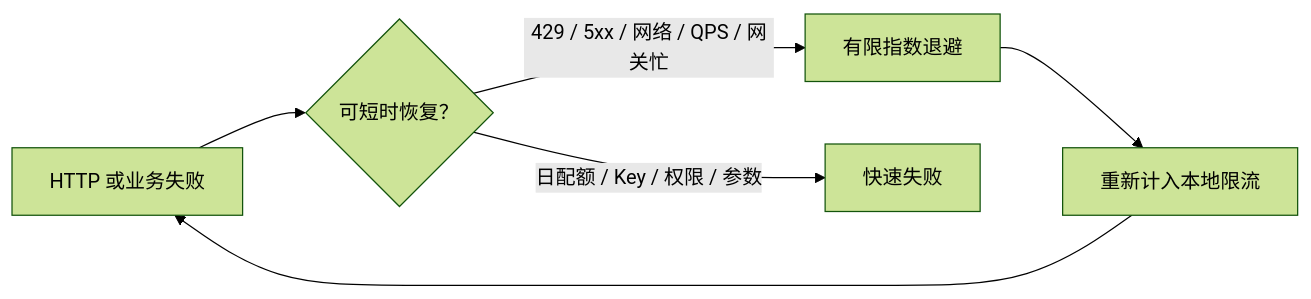
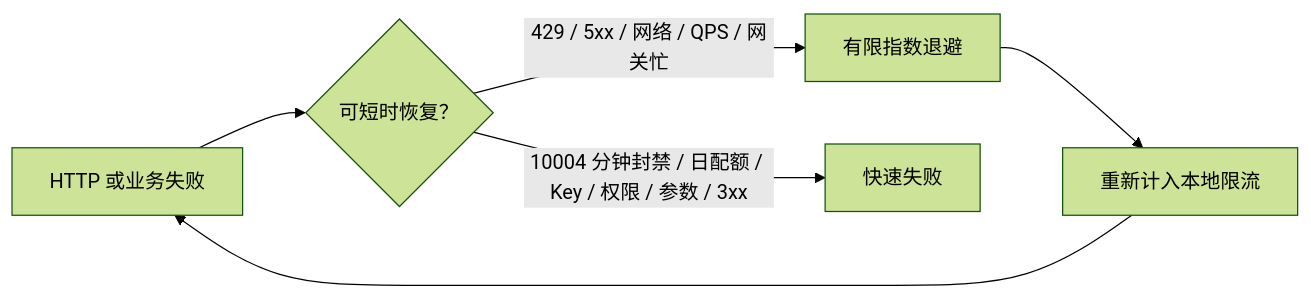
The second of 2 diagrams in extensions/amap/README.md (partme-ai/openclaw-plugins), drawn with Mermaid (forest theme) before and after one commit. The commit also changed other lines of this file and 35 other files, not shown here.

First line of the commit message:
feat(amap): 添加高德地图API数字签名和并发控制功能

````diff
--- a/extensions/amap/README.md
+++ b/extensions/amap/README.md
@@ -76,7 +81,7 @@
 ```mermaid
 flowchart LR
     E["HTTP 或业务失败"] --> T{"可短时恢复？"}
     T -->|"429 / 5xx / 网络 / QPS / 网关忙"| R["有限指数退避"]
     R --> Q["重新计入本地限流"] --> E
-    T -->|"日配额 / Key / 权限 / 参数"| F["快速失败"]
+    T -->|"10004 分钟封禁 / 日配额 / Key / 权限 / 参数 / 3xx"| F["快速失败"]
 ```
````
